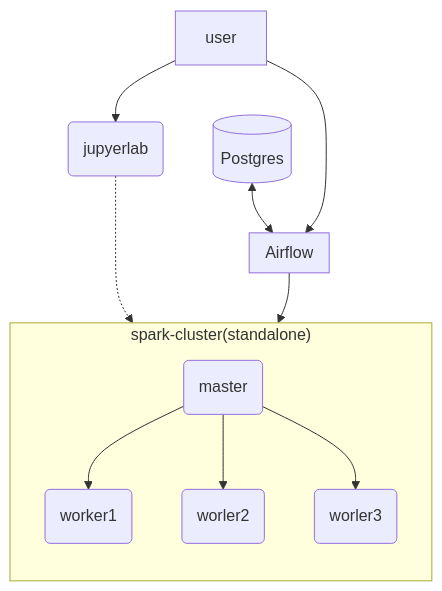
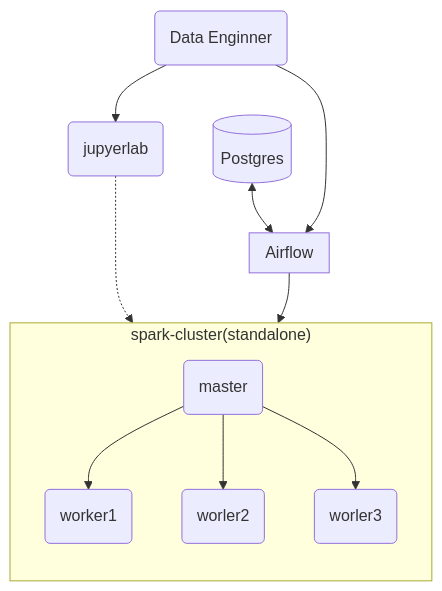
Before and after one commit to karevin07/docker-data-ETL: the diagram in README.md, drawn with Mermaid.

````diff
--- a/README.md
+++ b/README.md
@@ -8,41 +8,39 @@
 ```mermaid
 flowchart
 
-    user
-    user
-    user
+    user("Data Enginner")
     
     master("master")
     worker1("worker1")
     worker2("worler2")
     worker3("worler3")
     
     db[("Postgres")]
     notebook("jupyerlab")
     
     user
 
     subgraph spark-cluster["spark-cluster(standalone)"]
     
         direction TB
         master --> worker1 
         master --> worker2 
         master --> worker3
 
     end
     
     subgraph airflow ["Airflow"]
     
         
     
     end
     
     db <--> airflow
     
     user --> airflow
     user --> notebook
     
     notebook -..-> spark-cluster
     airflow--> spark-cluster
     
 ```
````
